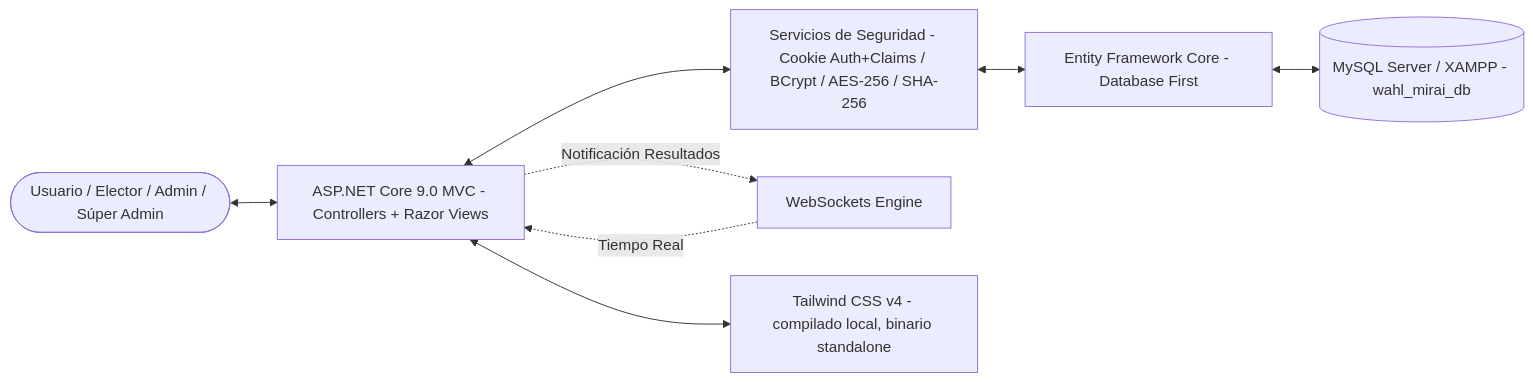
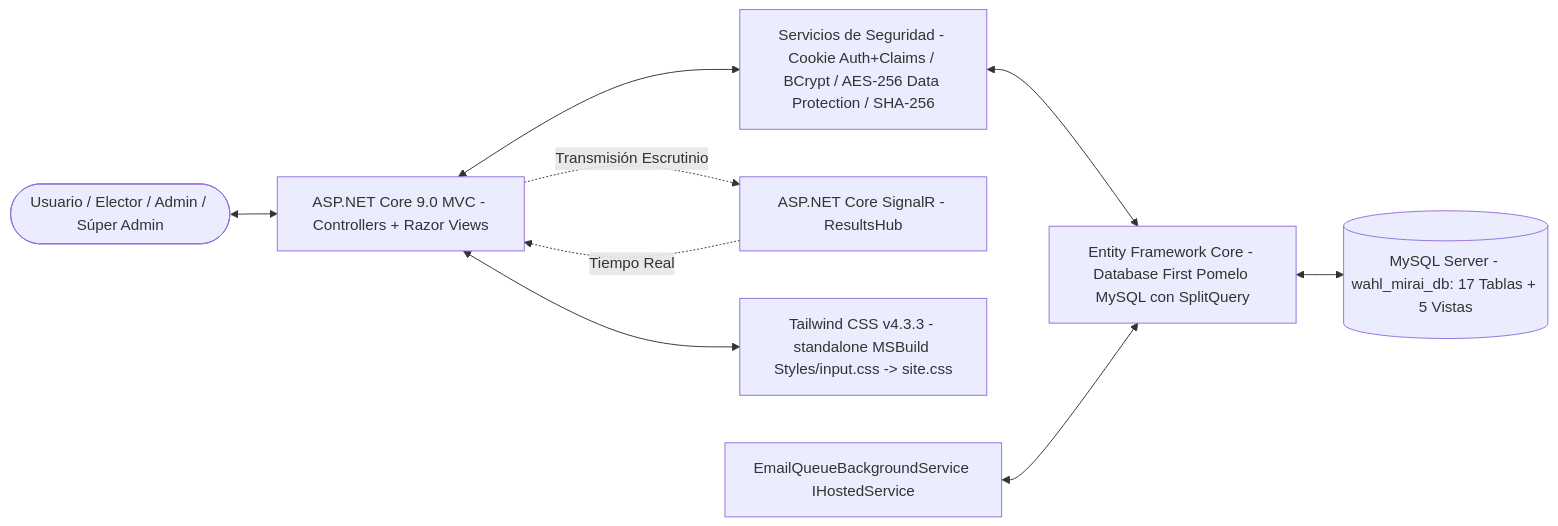
One commit to MrDeep24/WAHL-MIRAI changed the first of 5 diagrams in docs/Arquitectura_y_Diseno_v2_8.2.md. Above: the diagram before and after it, drawn with Mermaid. The commit also changed other lines of this file and 1 other file, not shown here.

Commit message:
Sincronización Integral de la Arquitectura de Software con la Implementación Web (v2.8.2)

````diff
--- a/docs/Arquitectura_y_Diseno_v2_8.2.md
+++ b/docs/Arquitectura_y_Diseno_v2_8.2.md
@@ -14,10 +19,11 @@
 ```mermaid
 graph LR
     User([Usuario / Elector / Admin / Súper Admin]) <--> MVC[ASP.NET Core 9.0 MVC - Controllers + Razor Views]
-    MVC <--> Security[Servicios de Seguridad - Cookie Auth+Claims / BCrypt / AES-256 / SHA-256]
-    Security <--> EFCore[Entity Framework Core - Database First]
-    EFCore <--> DB[(MySQL Server / XAMPP - wahl_mirai_db)]
-    MVC -. Notificación Resultados .-> WS[WebSockets Engine]
-    WS -. Tiempo Real .-> MVC
-    MVC <--> Tailwind[Tailwind CSS v4 - compilado local, binario standalone]
+    MVC <--> Security[Servicios de Seguridad - Cookie Auth+Claims / BCrypt / AES-256 Data Protection / SHA-256]
+    Security <--> EFCore[Entity Framework Core - Database First Pomelo MySQL con SplitQuery]
+    EFCore <--> DB[(MySQL Server - wahl_mirai_db: 17 Tablas + 5 Vistas)]
+    MVC -. Transmisión Escrutinio .-> SignalR[ASP.NET Core SignalR - ResultsHub]
+    SignalR -. Tiempo Real .-> MVC
+    MVC <--> Tailwind[Tailwind CSS v4.3.3 - standalone MSBuild Styles/input.css -> site.css]
+    Worker[EmailQueueBackgroundService IHostedService] <--> EFCore
 ```
````
